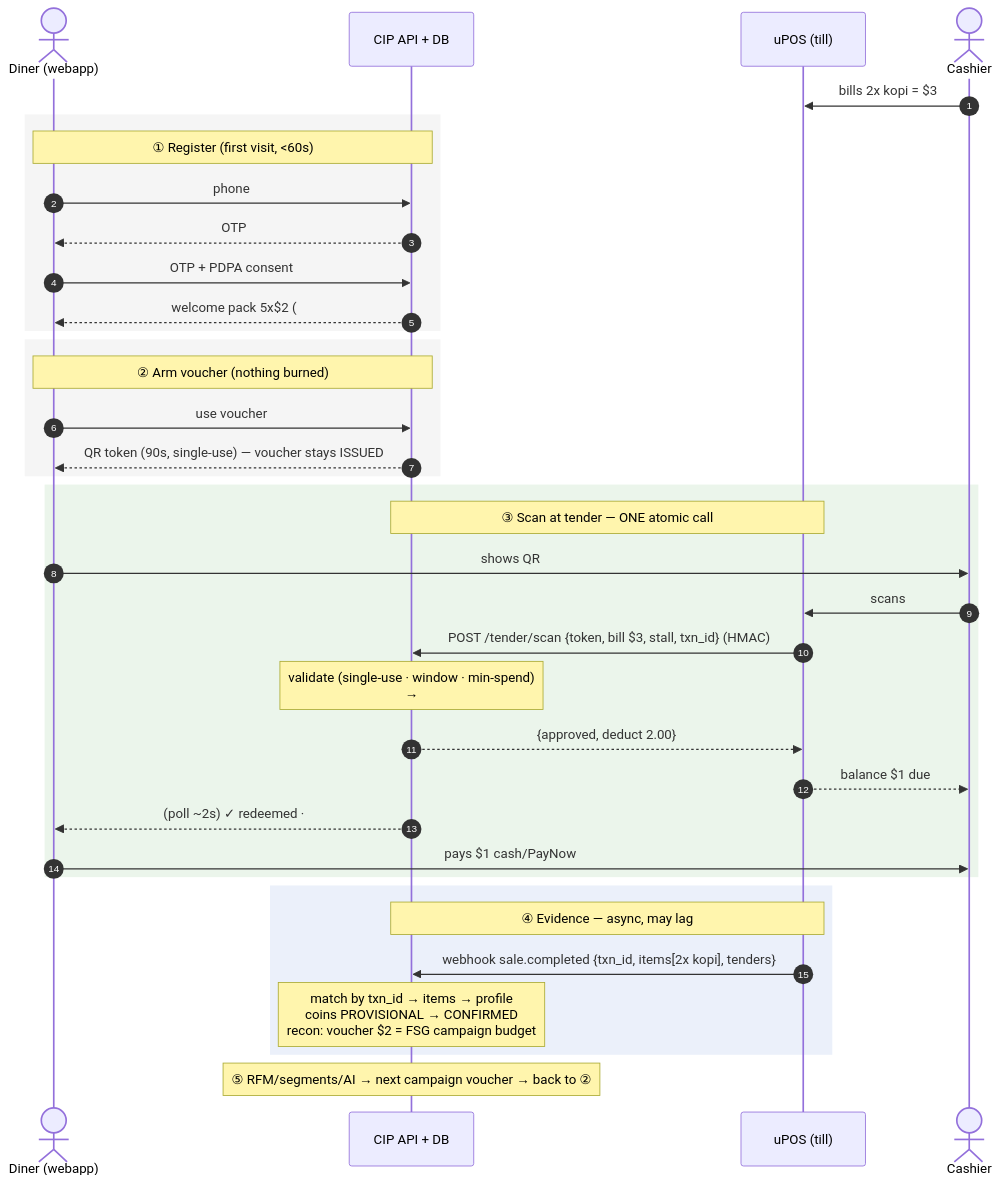
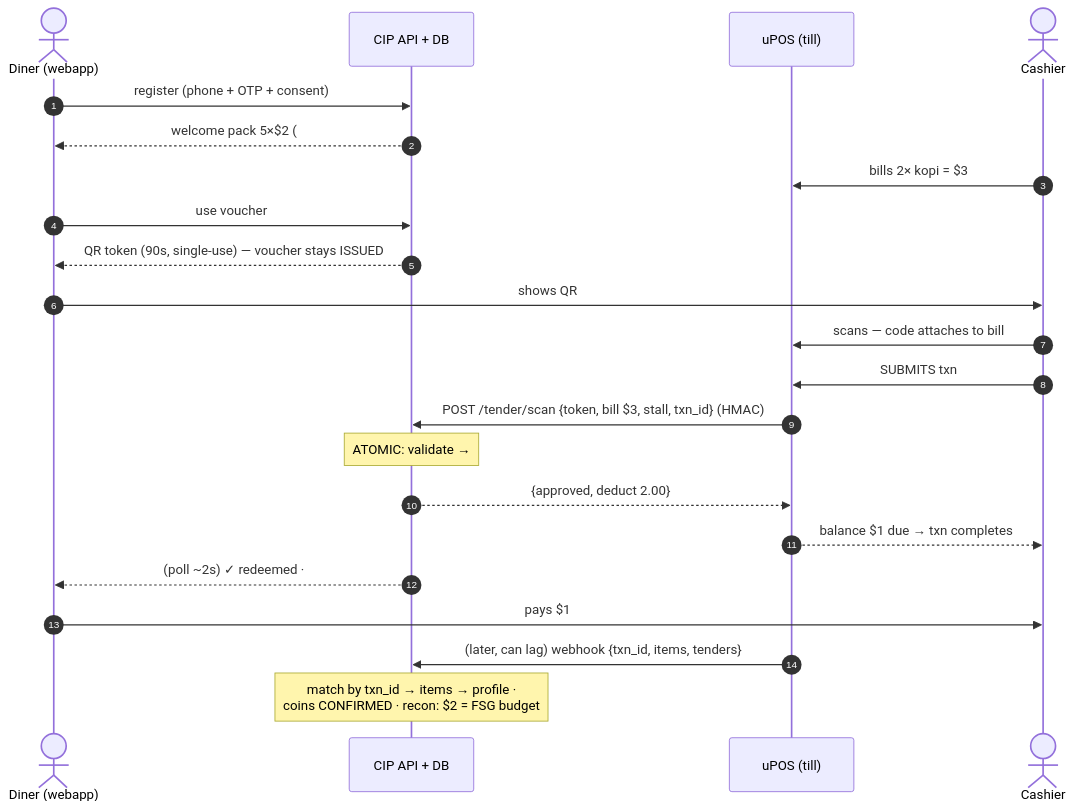
One commit to MetaliveSG/FB-Group changed the second of 2 diagrams in docs/flow-mindmap.md. Above: the diagram before and after it, drawn with Mermaid. The commit also changed other lines of this file, not shown here.

First line of the commit message:
docs(flow): replace radial mindmap with ONE vertical 14-step flowchart

````diff
--- a/docs/flow-mindmap.md
+++ b/docs/flow-mindmap.md
@@ -122,39 +73,25 @@
 ```mermaid
 sequenceDiagram
     autonumber
     actor D as Diner (webapp)
     participant C as CIP API + DB
     participant U as uPOS (till)
     actor K as Cashier
 
-    K->>U: bills 2x kopi = $3
-    rect rgb(245,245,245)
-    note over D,C: ① Register (first visit, <60s)
-    D->>C: phone
-    C-->>D: OTP
-    D->>C: OTP + PDPA consent
-    C-->>D: welcome pack 5x$2 (#1 unlocked)
-    end
-    rect rgb(245,245,245)
-    note over D,C: ② Arm voucher (nothing burned)
+    D->>C: register (phone + OTP + consent)
+    C-->>D: welcome pack 5×$2 (#1 unlocked)
+    K->>U: bills 2× kopi = $3
     D->>C: use voucher #1
     C-->>D: QR token (90s, single-use) — voucher stays ISSUED
-    end
-    rect rgb(235,245,235)
-    note over C,U: ③ Scan at tender — ONE atomic call
     D->>K: shows QR
-    K->>U: scans
+    K->>U: scans — code attaches to bill
+    K->>U: SUBMITS txn
     U->>C: POST /tender/scan {token, bill $3, stall, txn_id} (HMAC)
-    note over C: validate (single-use · window · min-spend)<br/>→ #1 REDEEMED · #2 UNLOCKED<br/>→ +300 coins PROVISIONAL · tender_intent
+    note over C: ATOMIC: validate → #1 REDEEMED ·<br/>#2 UNLOCKED · +300 coins provisional
     C-->>U: {approved, deduct 2.00}
-    U-->>K: balance $1 due
+    U-->>K: balance $1 due → txn completes
     C-->>D: (poll ~2s) ✓ redeemed · #2 unlocked
-    D->>K: pays $1 cash/PayNow
-    end
-    rect rgb(235,240,250)
-    note over U,C: ④ Evidence — async, may lag
-    U->>C: webhook sale.completed {txn_id, items[2x kopi], tenders}
-    note over C: match by txn_id → items → profile<br/>coins PROVISIONAL → CONFIRMED<br/>recon: voucher $2 = FSG campaign budget
-    end
-    note over C: ⑤ RFM/segments/AI → next campaign voucher → back to ②
+    D->>K: pays $1
+    U->>C: (later, can lag) webhook {txn_id, items, tenders}
+    note over C: match by txn_id → items → profile ·<br/>coins CONFIRMED · recon: $2 = FSG budget
 ```
````
